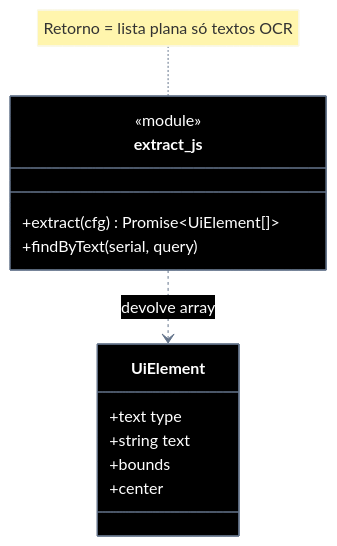
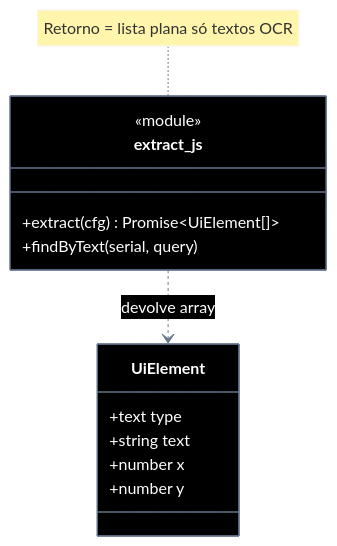
One commit to laerciogermano/workstation changed the second of 2 diagrams in screen-robot/implementation-plan/EP-05-extrair-elementos.md. Above: the diagram before and after it, drawn with Mermaid. The commit also changed other lines of this file and 21 other files, not shown here.

First line of the commit message:
Simplifica OCR e tap para ponto x,y: extract/findByText deixam de expor bounds/center.

````diff
--- a/screen-robot/implementation-plan/EP-05-extrair-elementos.md
+++ b/screen-robot/implementation-plan/EP-05-extrair-elementos.md
@@ -255,41 +255,41 @@
 ```mermaid
 ---
 config:
   theme: base
   themeVariables:
     darkMode: true
     background: '#000000'
     primaryColor: '#000000'
     primaryTextColor: '#ffffff'
     primaryBorderColor: '#64748b'
     secondaryColor: '#000000'
     secondaryTextColor: '#ffffff'
     secondaryBorderColor: '#64748b'
     tertiaryColor: '#000000'
     tertiaryTextColor: '#ffffff'
     tertiaryBorderColor: '#64748b'
     lineColor: '#64748b'
     textColor: '#ffffff'
     mainBkg: '#000000'
     nodeBorder: '#64748b'
     clusterBkg: '#000000'
     clusterBorder: '#333333'
     titleColor: '#ffffff'
     classText: '#ffffff'
 ---
 classDiagram
   direction TB
   class extract_js {
     <<module>>
     +extract(cfg) Promise~UiElement[]~
     +findByText(serial, query)
   }
   class UiElement {
     +text type
     +string text
-    +bounds
-    +center
+    +number x
+    +number y
   }
   note for extract_js "Retorno = lista plana só textos OCR"
   extract_js ..> UiElement : devolve array
 ```
````
